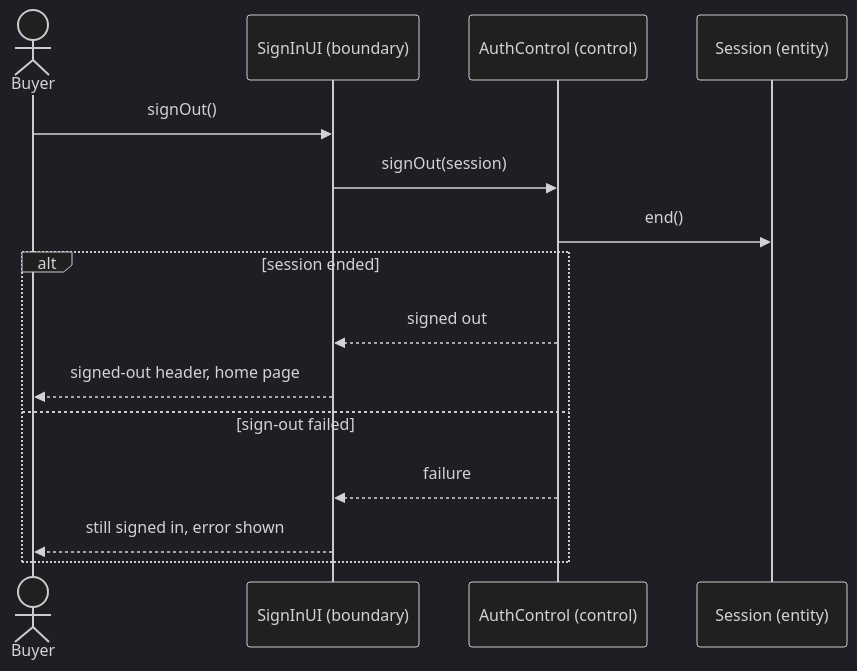
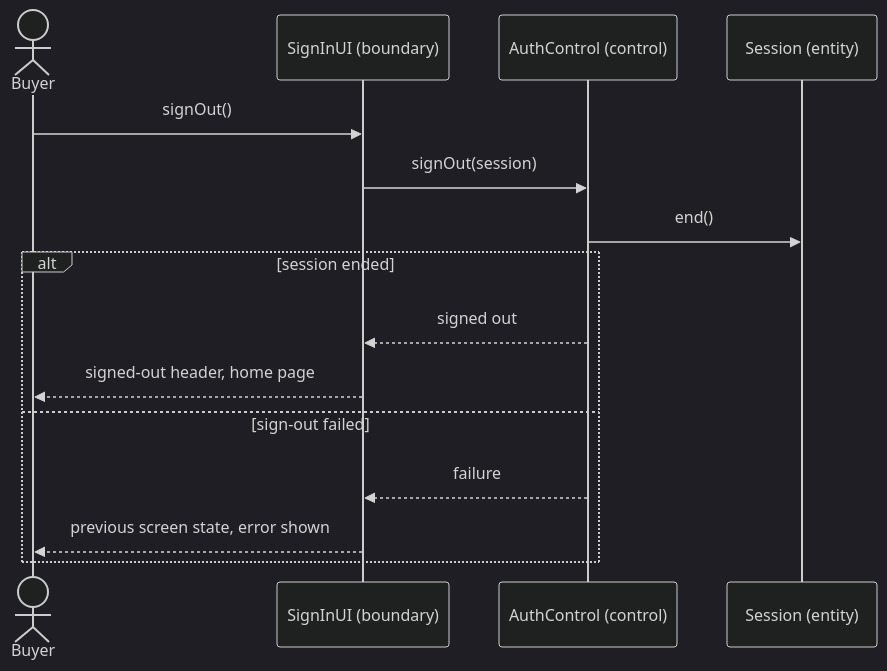
Before and after one commit to PPsyrius/iss-groupbuy-team8: the sixth of 18 diagrams in docs/swe5006/report/sections/03-4-3-pan.md, drawn with Mermaid (dark theme). The commit also changed other lines of this file and 60 other files, not shown here.

First line of the commit message:
docs(report): template format, VP-style UML and fact fixes (#463, #695) (#704)

````diff
--- a/docs/swe5006/report/sections/03-4-3-pan.md
+++ b/docs/swe5006/report/sections/03-4-3-pan.md
@@ -264,17 +276,17 @@
 ```mermaid
 sequenceDiagram
     actor Buyer
     participant UI as SignInUI (boundary)
     participant Ctl as AuthControl (control)
     participant S as Session (entity)
     Buyer->>UI: signOut()
     UI->>Ctl: signOut(session)
     Ctl->>S: end()
     alt session ended
         Ctl-->>UI: signed out
         UI-->>Buyer: signed-out header, home page
     else sign-out failed
         Ctl-->>UI: failure
-        UI-->>Buyer: still signed in, error shown
+        UI-->>Buyer: previous screen state, error shown
     end
 ```
````
